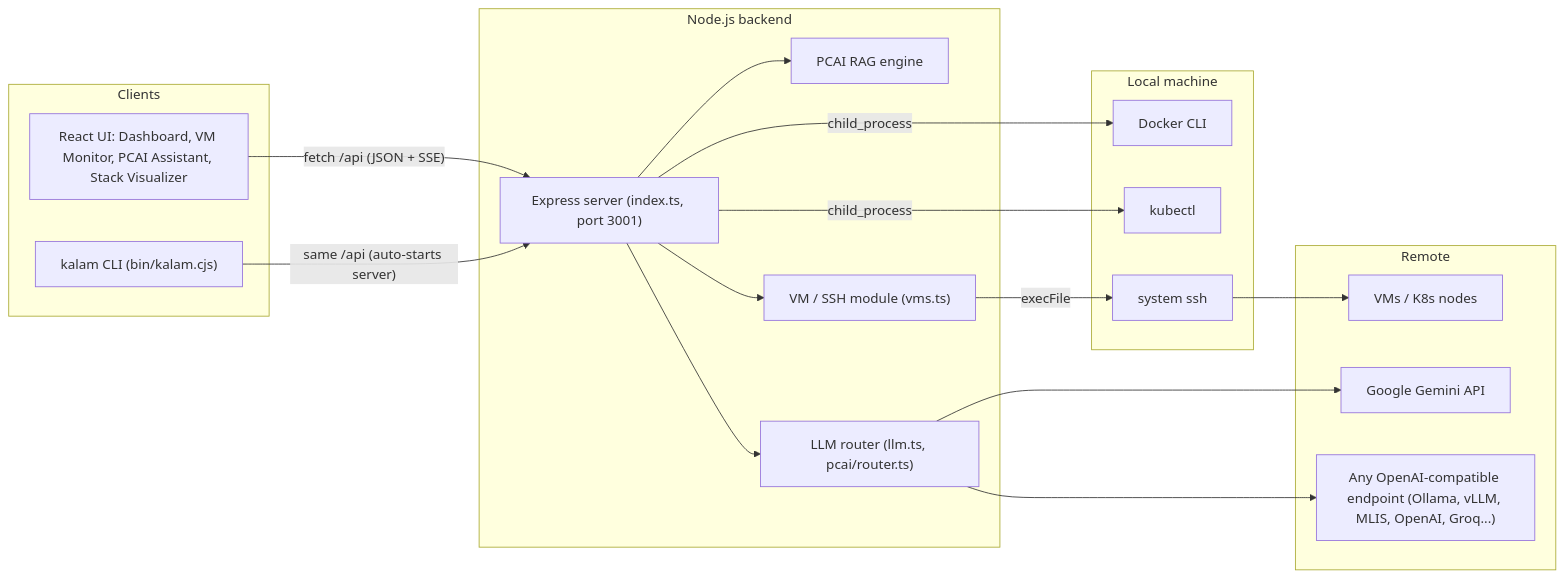
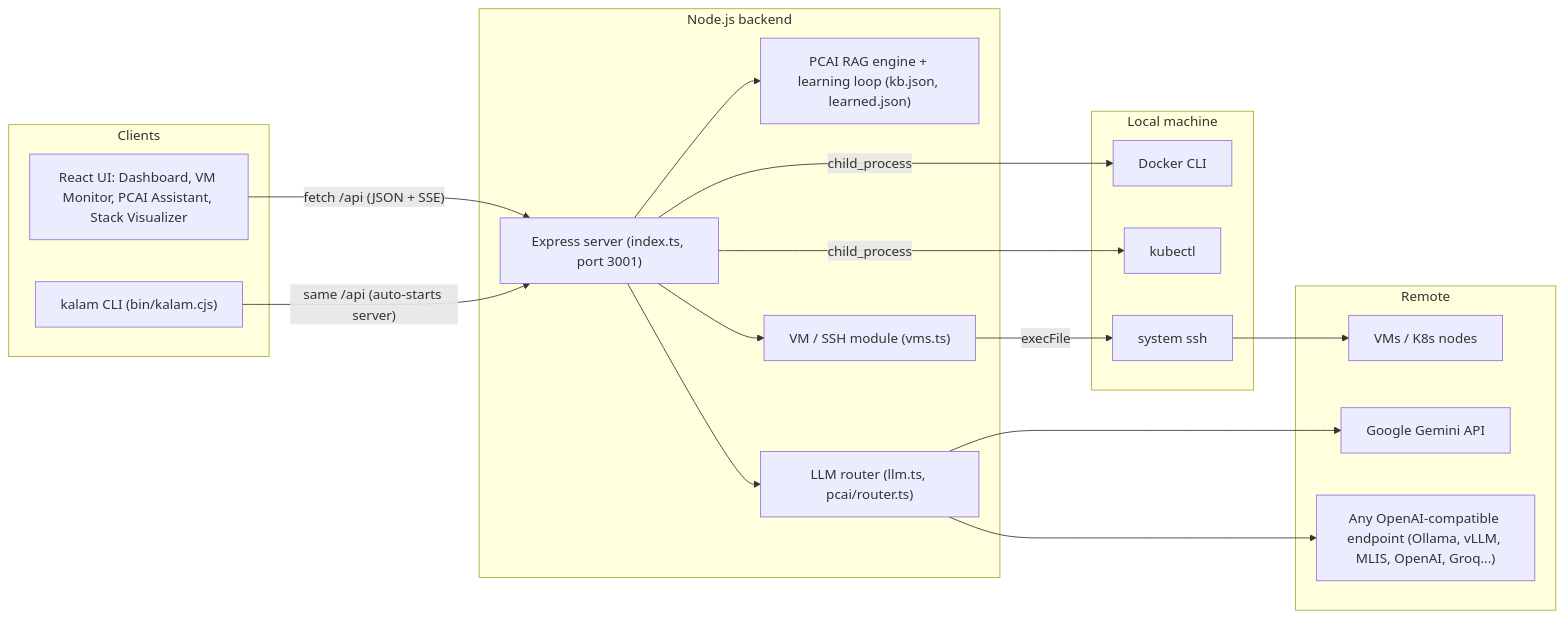
The first of 7 diagrams in ARCHITECTURE.md (AdityaRam24/kalam), drawn with Mermaid before and after one commit. The commit also changed other lines of this file and 14 other files, not shown here.

````diff
--- a/ARCHITECTURE.md
+++ b/ARCHITECTURE.md
@@ -11,38 +17,38 @@
 ```mermaid
 flowchart LR
     subgraph B["Clients"]
         UI["React UI: Dashboard, VM Monitor, PCAI Assistant, Stack Visualizer"]
         CLI["kalam CLI (bin/kalam.cjs)"]
     end
 
     subgraph N["Node.js backend"]
         API["Express server (index.ts, port 3001)"]
-        RAG["PCAI RAG engine"]
+        RAG["PCAI RAG engine + learning loop (kb.json, learned.json)"]
         VMS["VM / SSH module (vms.ts)"]
         LLM["LLM router (llm.ts, pcai/router.ts)"]
     end
 
     subgraph L["Local machine"]
         DOCKER["Docker CLI"]
         KUBECTL["kubectl"]
         SSHBIN["system ssh"]
     end
 
     subgraph R["Remote"]
         VM["VMs / K8s nodes"]
         GEMINI["Google Gemini API"]
         ANY["Any OpenAI-compatible endpoint (Ollama, vLLM, MLIS, OpenAI, Groq...)"]
     end
 
     UI -->|"fetch /api (JSON + SSE)"| API
     CLI -->|"same /api (auto-starts server)"| API
     API --> RAG
     API --> VMS
     API --> LLM
     API -->|child_process| DOCKER
     API -->|child_process| KUBECTL
     VMS -->|execFile| SSHBIN
     SSHBIN --> VM
     LLM --> GEMINI
     LLM --> ANY
 ```
````
